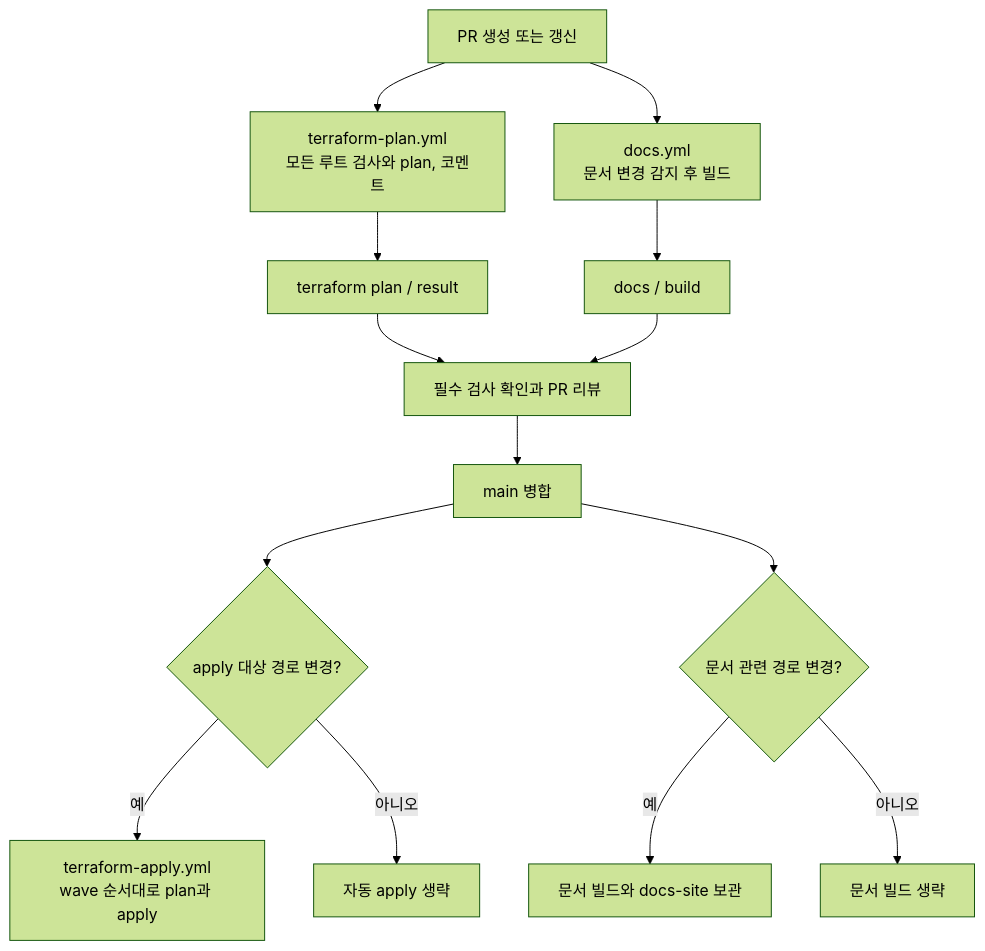
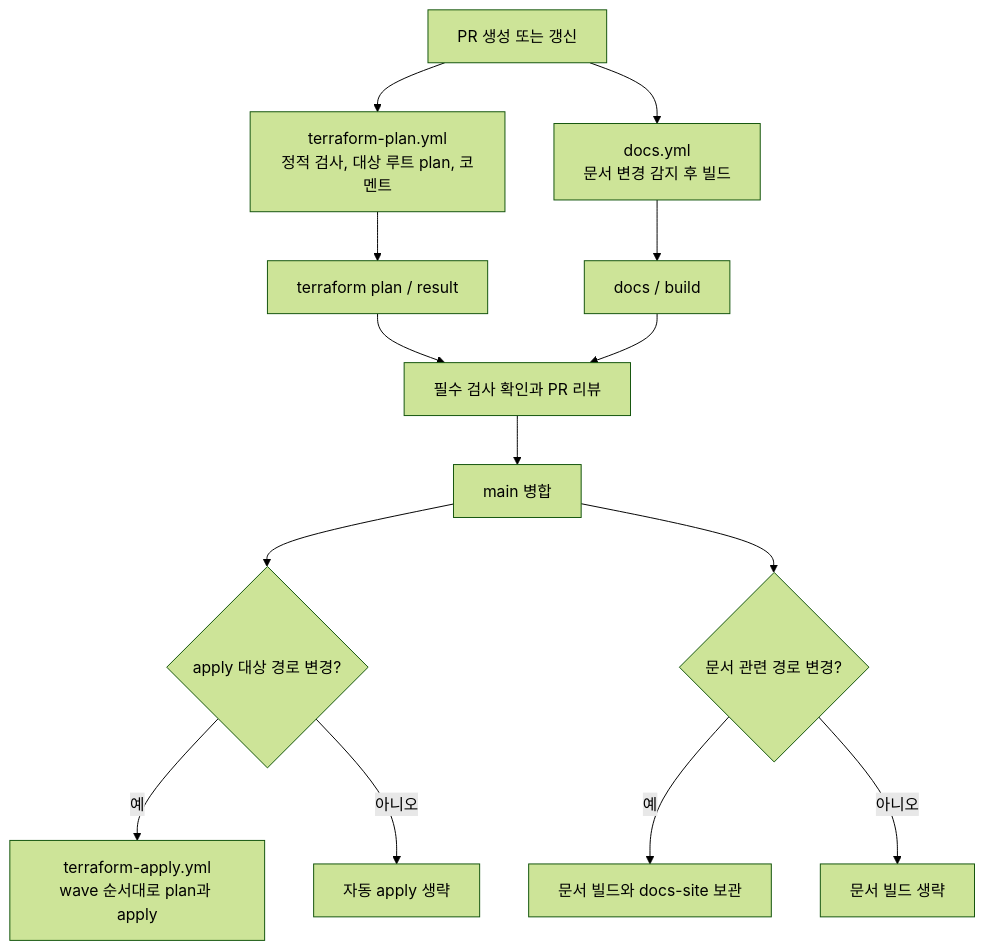
One commit to kintoun-secops/kintoun-infra changed the diagram in docs/ci/index.md. Above: the diagram before and after it, drawn with Mermaid (forest theme). The commit also changed other lines of this file and 16 other files, not shown here.

````diff
--- a/docs/ci/index.md
+++ b/docs/ci/index.md
@@ -21,16 +21,16 @@
 ```mermaid
 flowchart TD
-    PR["PR 생성 또는 갱신"] --> Plan["terraform-plan.yml<br/>모든 루트 검사와 plan, 코멘트"]
+    PR["PR 생성 또는 갱신"] --> Plan["terraform-plan.yml<br/>정적 검사, 대상 루트 plan, 코멘트"]
     PR --> Docs["docs.yml<br/>문서 변경 감지 후 빌드"]
     Plan --> Result["terraform plan / result"]
     Docs --> Build["docs / build"]
     Result --> Review["필수 검사 확인과 PR 리뷰"]
     Build --> Review
     Review --> Merge["main 병합"]
     Merge --> ApplyFilter{"apply 대상 경로 변경?"}
     ApplyFilter -->|예| Apply["terraform-apply.yml<br/>wave 순서대로 plan과 apply"]
     ApplyFilter -->|아니오| SkipApply["자동 apply 생략"]
     Merge --> DocsFilter{"문서 관련 경로 변경?"}
     DocsFilter -->|예| MainDocs["문서 빌드와 docs-site 보관"]
     DocsFilter -->|아니오| SkipDocs["문서 빌드 생략"]
 ```
````
